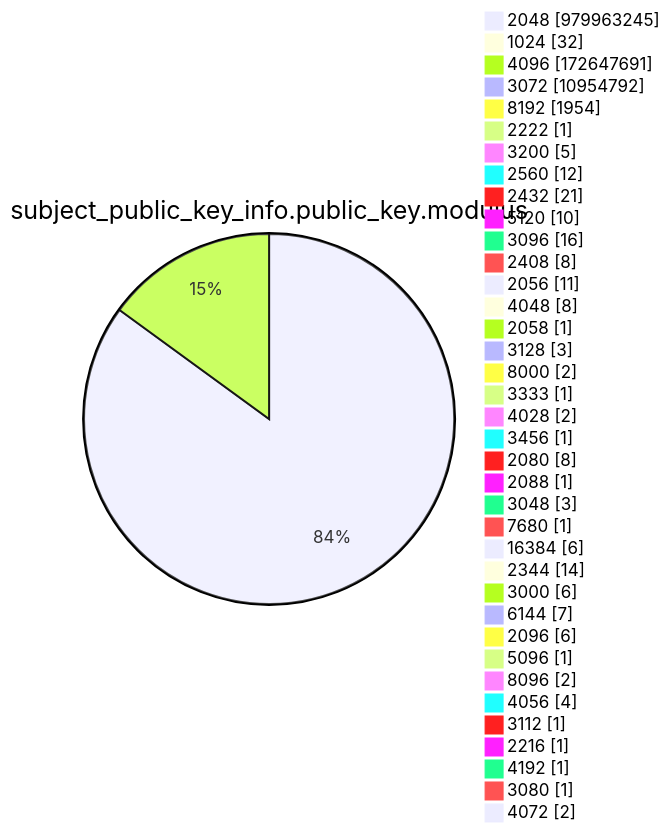
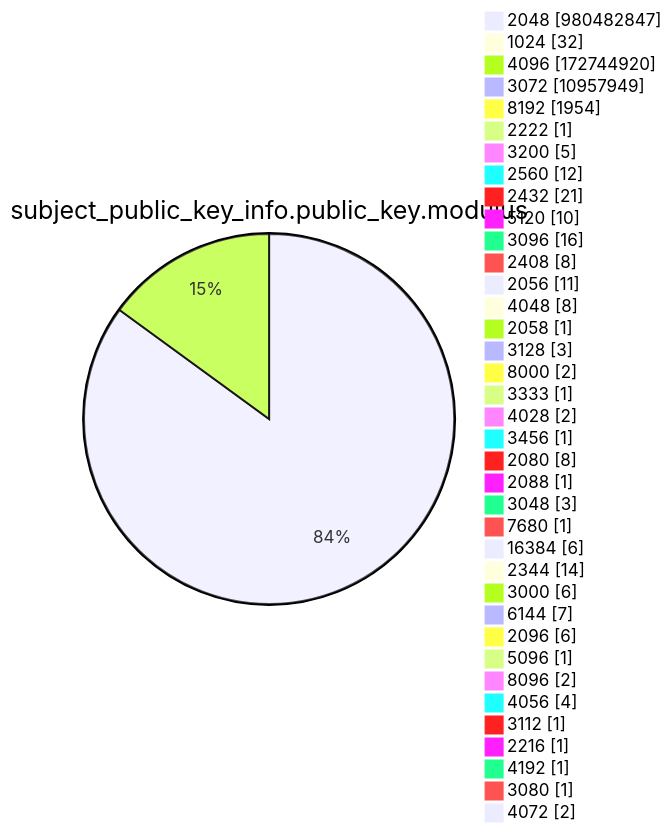
Diagram 13 of 15 in argon2022/README.md (christiankrug/ctmonitor_visualization), drawn with Mermaid before and after one commit. The commit also changed other lines of this file, not shown here.

````diff
--- a/argon2022/README.md
+++ b/argon2022/README.md
@@ -3587,41 +3587,41 @@
 ```mermaid
 pie showData
 title subject_public_key_info.public_key.modulus
-"2048" :979963245
+"2048" :980482847
 "1024" :32
-"4096" :172647691
-"3072" :10954792
+"4096" :172744920
+"3072" :10957949
 "8192" :1954
 "2222" :1
 "3200" :5
 "2560" :12
 "2432" :21
 "5120" :10
 "3096" :16
 "2408" :8
 "2056" :11
 "4048" :8
 "2058" :1
 "3128" :3
 "8000" :2
 "3333" :1
 "4028" :2
 "3456" :1
 "2080" :8
 "2088" :1
 "3048" :3
 "7680" :1
 "16384" :6
 "2344" :14
 "3000" :6
 "6144" :7
 "2096" :6
 "5096" :1
 "8096" :2
 "4056" :4
 "3112" :1
 "2216" :1
 "4192" :1
 "3080" :1
 "4072" :2
 ```
````
